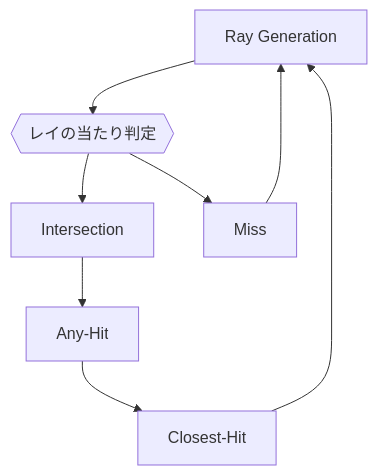
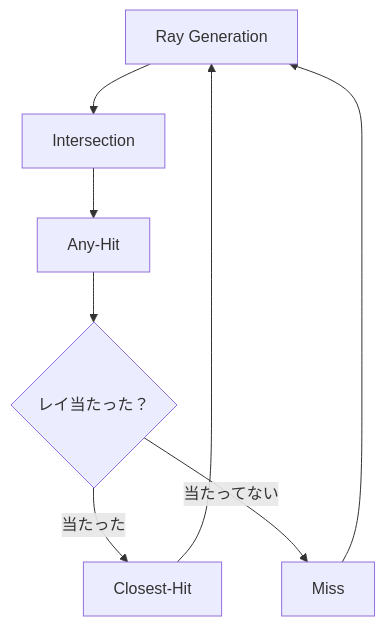
One commit to hatoo/zenn-content changed the second of 2 diagrams in books/52bcb9e9f7c87d/vkr-overview.md. Above: the diagram before and after it, drawn with Mermaid.

````diff
--- a/books/52bcb9e9f7c87d/vkr-overview.md
+++ b/books/52bcb9e9f7c87d/vkr-overview.md
@@ -82,10 +82,10 @@
 ```mermaid
 graph TB
-    G[Ray Generation] --> RT{{レイの当たり判定}}
-    RT --> I[Intersection]
-    RT --> Miss
+    G[Ray Generation] --> I[Intersection]
     I --> A[Any-Hit]
-    A --> C[Closest-Hit]
-    C --> G
+    A --> H{"レイ当たった？"}
+    H -->|当たった| CH["Closest-Hit"]
+    H -->|当たってない| Miss
     Miss --> G
+    CH --> G
 ```
````
